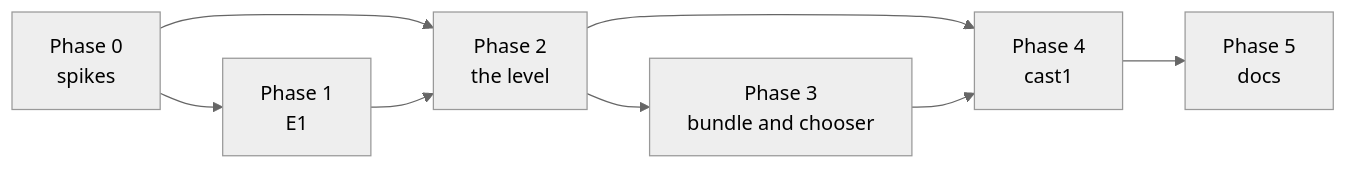
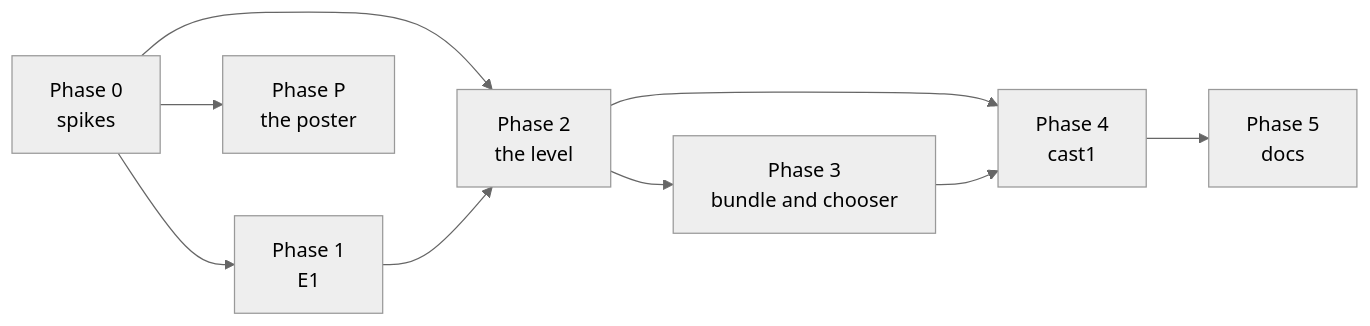
The fifth of 5 diagrams in docs/plans/2026-11-21-tide-harbour-clock.md (wbniv/WorldFoundry), drawn with Mermaid (neutral theme) before and after one commit. The commit also changed other lines of this file and 19 other files, not shown here.

````diff
--- a/docs/plans/2026-11-21-tide-harbour-clock.md
+++ b/docs/plans/2026-11-21-tide-harbour-clock.md
@@ -211,10 +263,11 @@
 ```mermaid
 flowchart LR
     P0["Phase 0<br/>spikes"] --> P1["Phase 1<br/>E1"]
     P0 --> P2
+    P0 --> PP["Phase P<br/>the poster"]
     P1 --> P2["Phase 2<br/>the level"]
     P2 --> P3["Phase 3<br/>bundle and chooser"]
     P2 --> P4
     P3 --> P4["Phase 4<br/>cast1"]
     P4 --> P5["Phase 5<br/>docs"]
 ```
````
